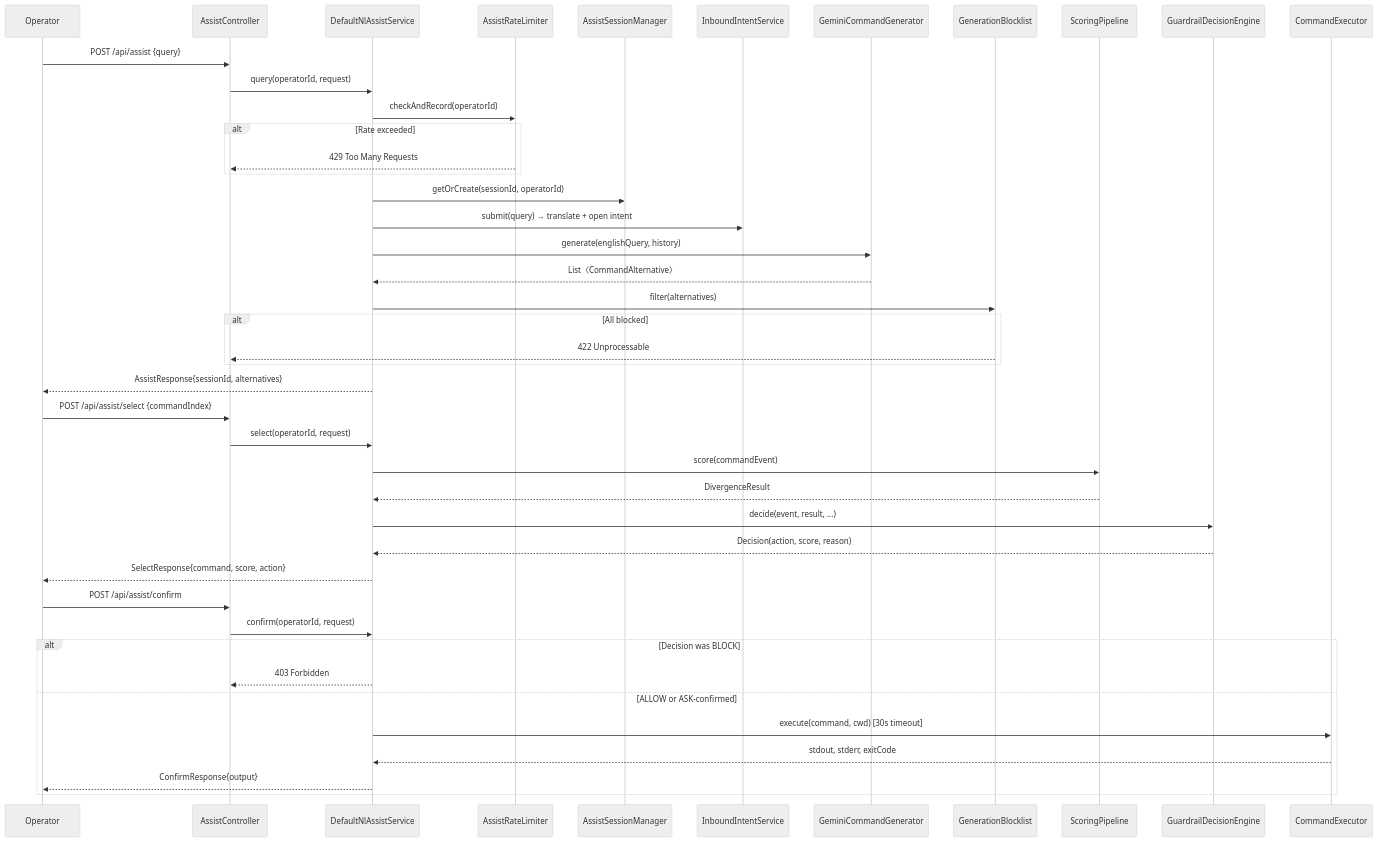
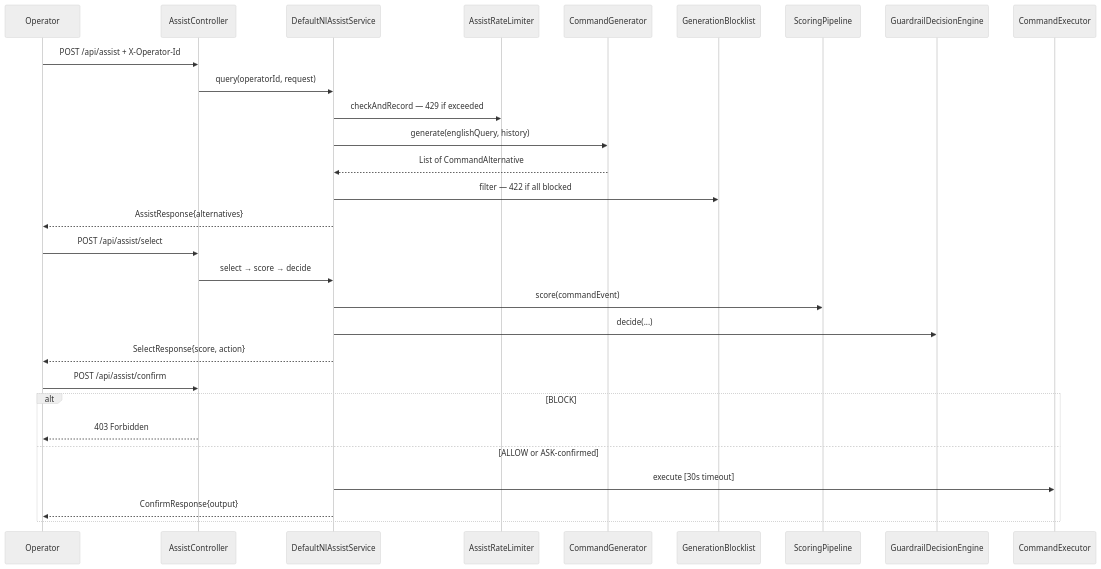
Diagram 15 of 26 in docs/product-design-and-execution-flow.md (rachitGupta-ai/IntentGuard), drawn with Mermaid (neutral theme) before and after one commit. The commit also changed other lines of this file and 29 other files, not shown here.

````diff
--- a/docs/product-design-and-execution-flow.md
+++ b/docs/product-design-and-execution-flow.md
@@ -578,51 +622,34 @@
 ```mermaid
 sequenceDiagram
     participant Op as Operator
     participant AC as AssistController
     participant NL as DefaultNlAssistService
     participant RL as AssistRateLimiter
-    participant SM as AssistSessionManager
-    participant IIS as InboundIntentService
-    participant GEN as GeminiCommandGenerator
+    participant GEN as CommandGenerator
     participant BL as GenerationBlocklist
     participant SP as ScoringPipeline
     participant DE as GuardrailDecisionEngine
     participant EX as CommandExecutor
 
-    %% Query Phase
-    Op->>AC: POST /api/assist {query}
+    Op->>AC: POST /api/assist + X-Operator-Id
     AC->>NL: query(operatorId, request)
-    NL->>RL: checkAndRecord(operatorId)
-    alt Rate exceeded
-        RL-->>AC: 429 Too Many Requests
-    end
-    NL->>SM: getOrCreate(sessionId, operatorId)
-    NL->>IIS: submit(query) → translate + open intent
+    NL->>RL: checkAndRecord — 429 if exceeded
     NL->>GEN: generate(englishQuery, history)
-    GEN-->>NL: List〈CommandAlternative〉
-    NL->>BL: filter(alternatives)
-    alt All blocked
-        BL-->>AC: 422 Unprocessable
-    end
-    NL-->>Op: AssistResponse{sessionId, alternatives}
+    GEN-->>NL: List of CommandAlternative
+    NL->>BL: filter — 422 if all blocked
+    NL-->>Op: AssistResponse{alternatives}
 
-    %% Select Phase
-    Op->>AC: POST /api/assist/select {commandIndex}
-    AC->>NL: select(operatorId, request)
+    Op->>AC: POST /api/assist/select
+    AC->>NL: select → score → decide
     NL->>SP: score(commandEvent)
-    SP-->>NL: DivergenceResult
-    NL->>DE: decide(event, result, ...)
-    DE-->>NL: Decision(action, score, reason)
-    NL-->>Op: SelectResponse{command, score, action}
+    NL->>DE: decide(...)
+    NL-->>Op: SelectResponse{score, action}
 
-    %% Confirm Phase
     Op->>AC: POST /api/assist/confirm
-    AC->>NL: confirm(operatorId, request)
-    alt Decision was BLOCK
-        NL-->>AC: 403 Forbidden
+    alt BLOCK
+        AC-->>Op: 403 Forbidden
     else ALLOW or ASK-confirmed
-        NL->>EX: execute(command, cwd) [30s timeout]
-        EX-->>NL: stdout, stderr, exitCode
+        NL->>EX: execute [30s timeout]
         NL-->>Op: ConfirmResponse{output}
     end
 ```
````
